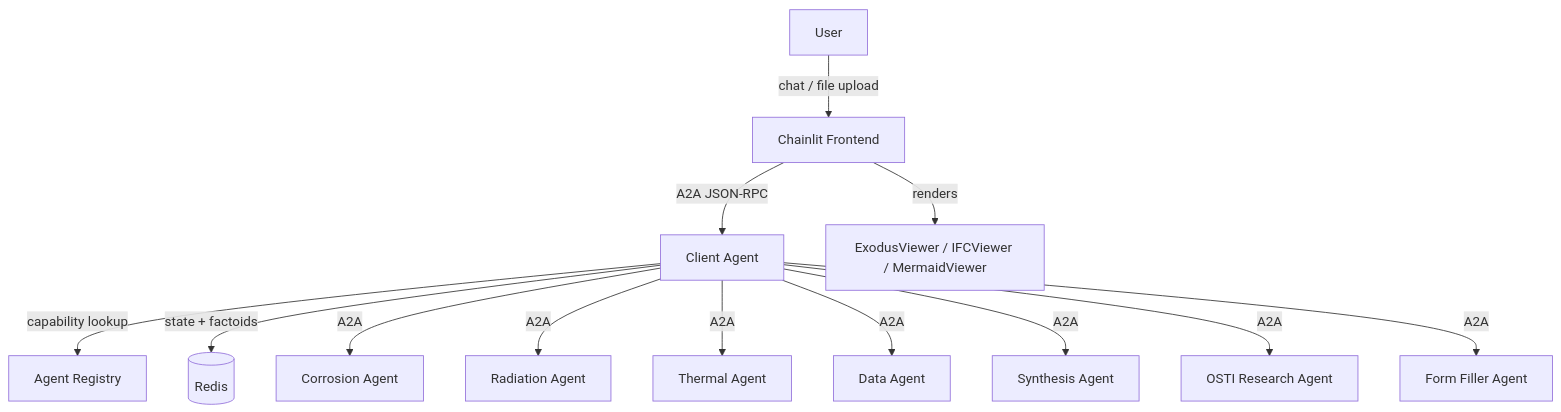
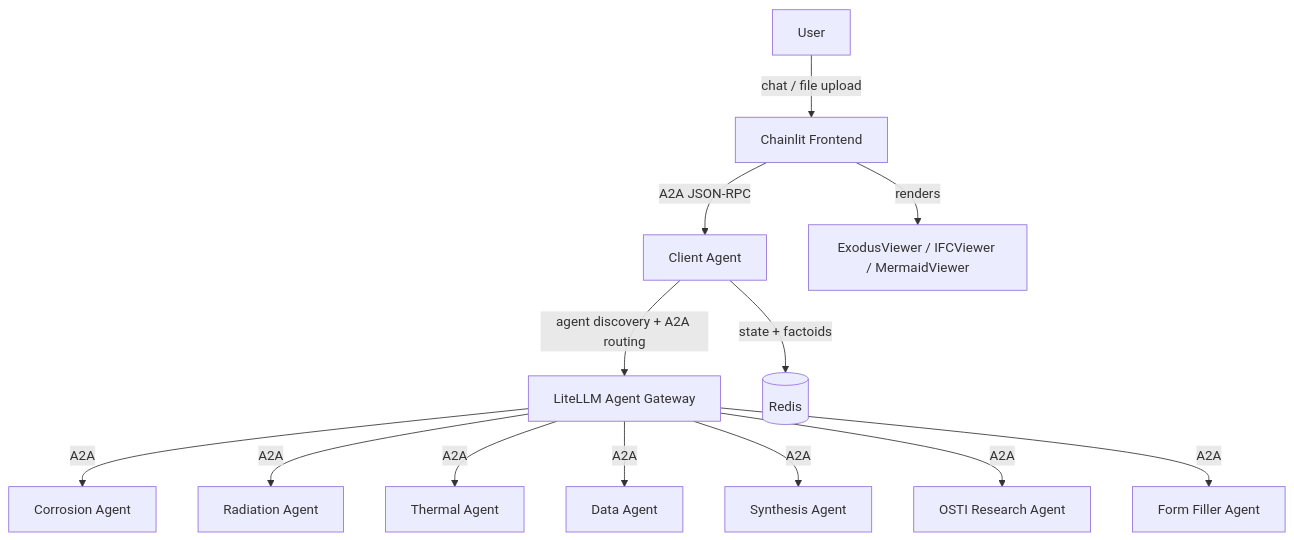
The diagram in README.md (Jimmy-INL/prometheus_core), drawn with Mermaid before and after one commit. The commit also changed other lines of this file and 8 other files, not shown here.

````diff
--- a/README.md
+++ b/README.md
@@ -7,15 +7,15 @@
 ```mermaid
 graph TD
   U[User] -->|chat / file upload| CL[Chainlit Frontend]
   CL -->|A2A JSON-RPC| CA[Client Agent]
-  CA -->|capability lookup| REG[Agent Registry]
+  CA -->|agent discovery + A2A routing| LLM[LiteLLM Agent Gateway]
   CA -->|state + factoids| RED[(Redis)]
-  CA -->|A2A| CORR[Corrosion Agent]
-  CA -->|A2A| RAD[Radiation Agent]
-  CA -->|A2A| THERM[Thermal Agent]
-  CA -->|A2A| DATA[Data Agent]
-  CA -->|A2A| SYNTH[Synthesis Agent]
-  CA -->|A2A| OSTI[OSTI Research Agent]
-  CA -->|A2A| FF[Form Filler Agent]
+  LLM -->|A2A| CORR[Corrosion Agent]
+  LLM -->|A2A| RAD[Radiation Agent]
+  LLM -->|A2A| THERM[Thermal Agent]
+  LLM -->|A2A| DATA[Data Agent]
+  LLM -->|A2A| SYNTH[Synthesis Agent]
+  LLM -->|A2A| OSTI[OSTI Research Agent]
+  LLM -->|A2A| FF[Form Filler Agent]
   CL -->|renders| VIZ[ExodusViewer / IFCViewer / MermaidViewer]
 ```
````
